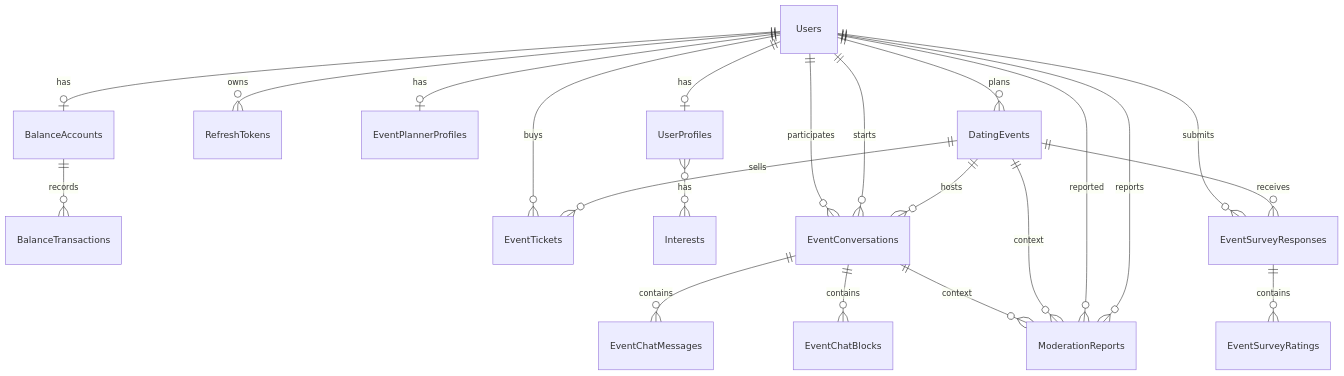
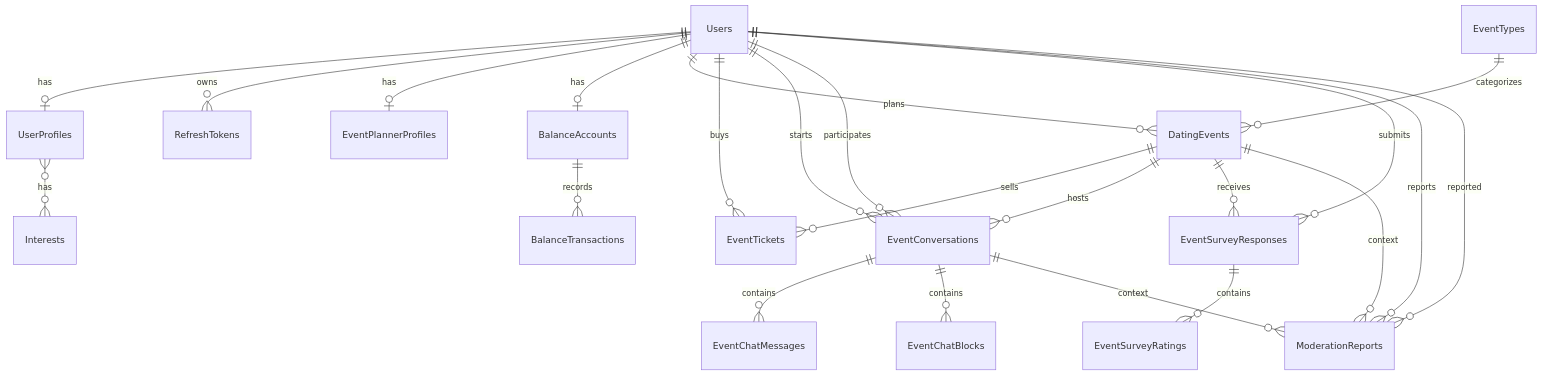
The diagram in docs/06-architecture/database-design.md (raminamoly/Randevoo), drawn with Mermaid before and after one commit. The commit also changed other lines of this file and 54 other files, not shown here.

First line of the commit message:
Harden platform security and event architecture

````diff
--- a/docs/06-architecture/database-design.md
+++ b/docs/06-architecture/database-design.md
@@ -48,24 +49,25 @@
 ```mermaid
 erDiagram
     Users ||--o| UserProfiles : has
     Users ||--o{ RefreshTokens : owns
     Users ||--o| EventPlannerProfiles : has
     Users ||--o| BalanceAccounts : has
     BalanceAccounts ||--o{ BalanceTransactions : records
     Users ||--o{ DatingEvents : plans
+    EventTypes ||--o{ DatingEvents : categorizes
     DatingEvents ||--o{ EventTickets : sells
     Users ||--o{ EventTickets : buys
     UserProfiles }o--o{ Interests : has
     DatingEvents ||--o{ EventConversations : hosts
     Users ||--o{ EventConversations : starts
     Users ||--o{ EventConversations : participates
     EventConversations ||--o{ EventChatMessages : contains
     EventConversations ||--o{ EventChatBlocks : contains
     DatingEvents ||--o{ EventSurveyResponses : receives
     Users ||--o{ EventSurveyResponses : submits
     EventSurveyResponses ||--o{ EventSurveyRatings : contains
     Users ||--o{ ModerationReports : reports
     Users ||--o{ ModerationReports : reported
     DatingEvents ||--o{ ModerationReports : context
     EventConversations ||--o{ ModerationReports : context
 ```
````
